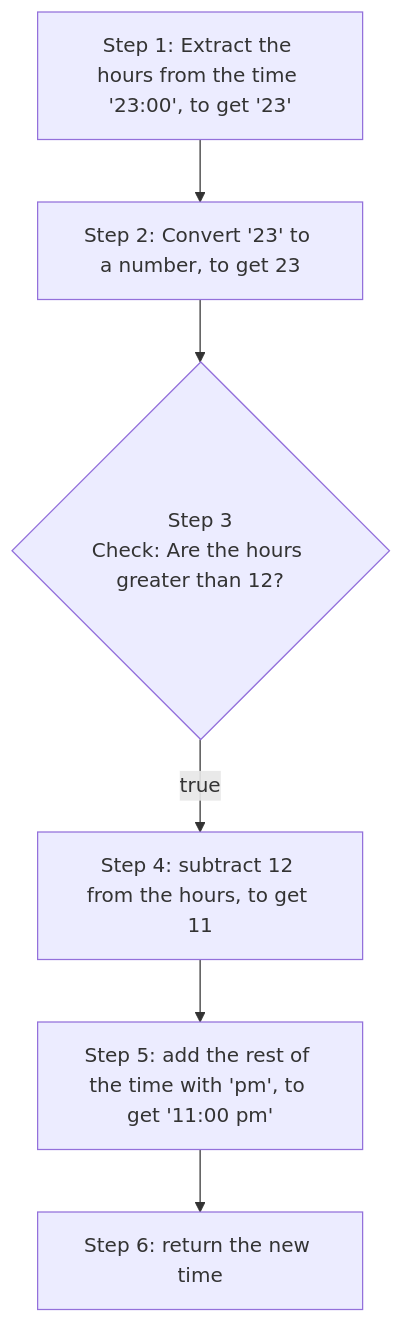
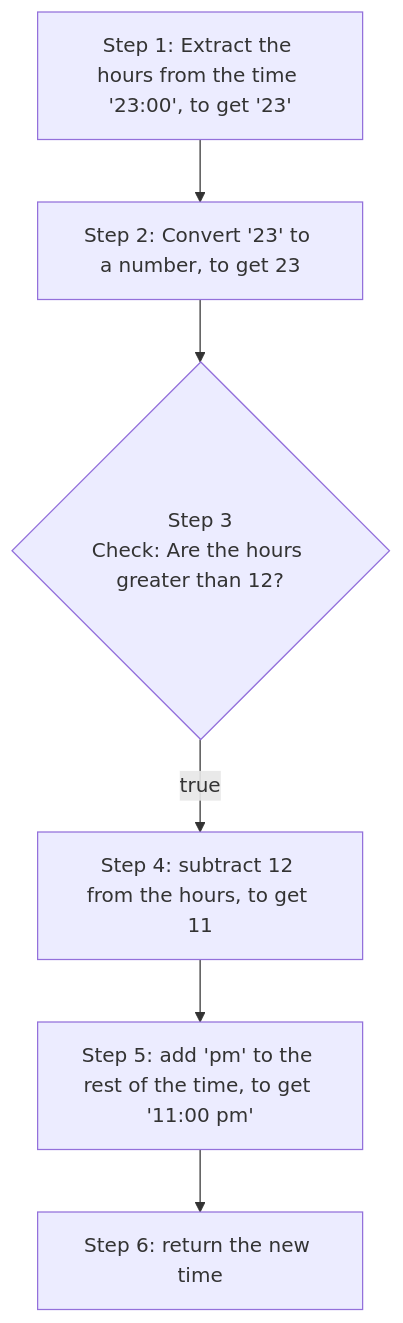
One commit to CodeYourFuture/curriculum changed the second of 5 diagrams in content/js1/sprints/3/prep/index.md. Above: the diagram before and after it, drawn with Mermaid. The commit also changed other lines of this file, not shown here.

````diff
--- a/content/js1/sprints/3/prep/index.md
+++ b/content/js1/sprints/3/prep/index.md
@@ -341,10 +372,10 @@
 ```mermaid
 
 flowchart TD
 
 A[Step 1: Extract the hours from the time '23:00', to get '23'] --> B[Step 2: Convert '23' to a number, to get 23]
 B --> C{Step 3\nCheck: Are the hours greater than 12?}
 C -- true --> D[Step 4: subtract 12 from the hours, to get 11]
-D --> E[Step 5: add the rest of the time with 'pm', to get '11:00 pm']
+D --> E[Step 5: add 'pm' to the rest of the time, to get '11:00 pm']
 E --> F[Step 6: return the new time]
 ```
````
